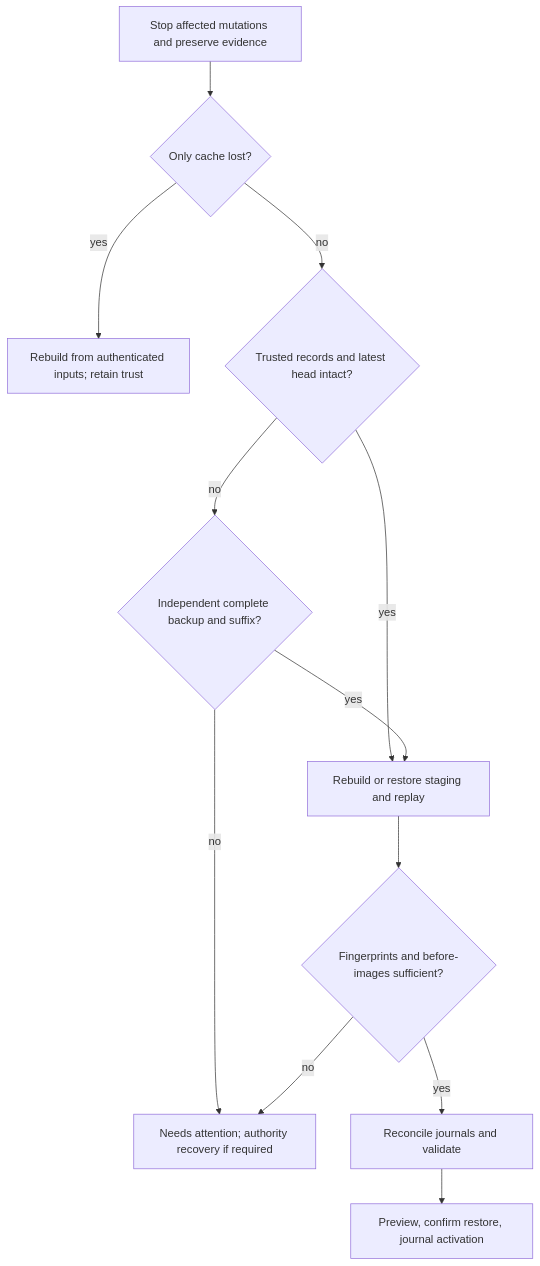
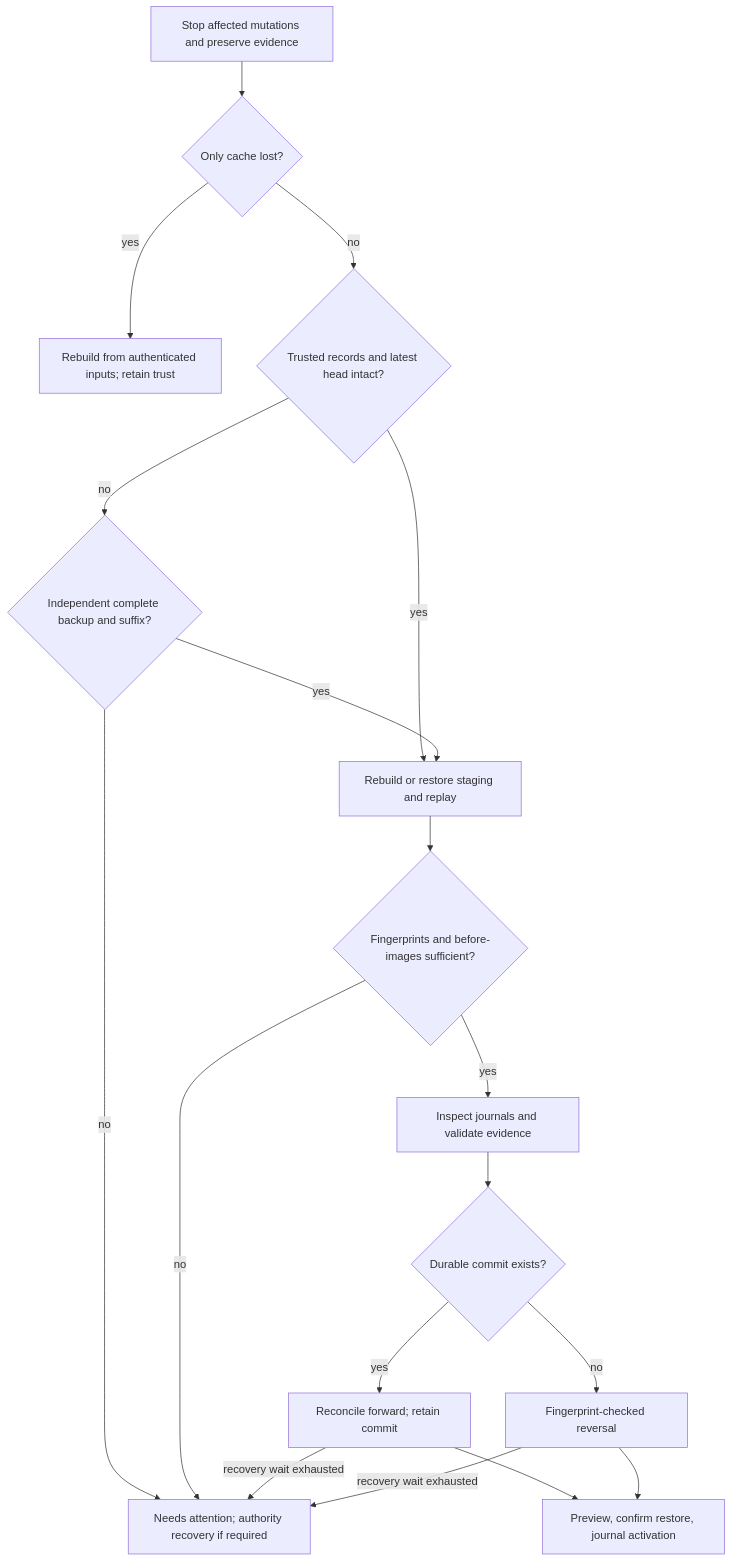
Before and after one commit to martin-juul/aslice: the tenth of 10 diagrams in docs/DATABASE.md, drawn with Mermaid. The commit also changed other lines of this file and 15 other files, not shown here.

````diff
--- a/docs/DATABASE.md
+++ b/docs/DATABASE.md
@@ -590,14 +754,20 @@
 ```mermaid
 flowchart TD
   A[Stop affected mutations and preserve evidence] --> B{Only cache lost?}
   B -- yes --> C[Rebuild from authenticated inputs; retain trust]
   B -- no --> D{Trusted records and latest head intact?}
   D -- yes --> E[Rebuild or restore staging and replay]
   D -- no --> F{Independent complete backup and suffix?}
   F -- yes --> E
   F -- no --> G[Needs attention; authority recovery if required]
   E --> H{Fingerprints and before-images sufficient?}
   H -- no --> G
-  H -- yes --> I[Reconcile journals and validate]
-  I --> J[Preview, confirm restore, journal activation]
+  H -- yes --> I[Inspect journals and validate evidence]
+  I --> K{Durable commit exists?}
+  K -- yes --> L[Reconcile forward; retain commit]
+  K -- no --> M[Fingerprint-checked reversal]
+  L --> J[Preview, confirm restore, journal activation]
+  M --> J
+  L -- recovery wait exhausted --> G
+  M -- recovery wait exhausted --> G
 ```
````
